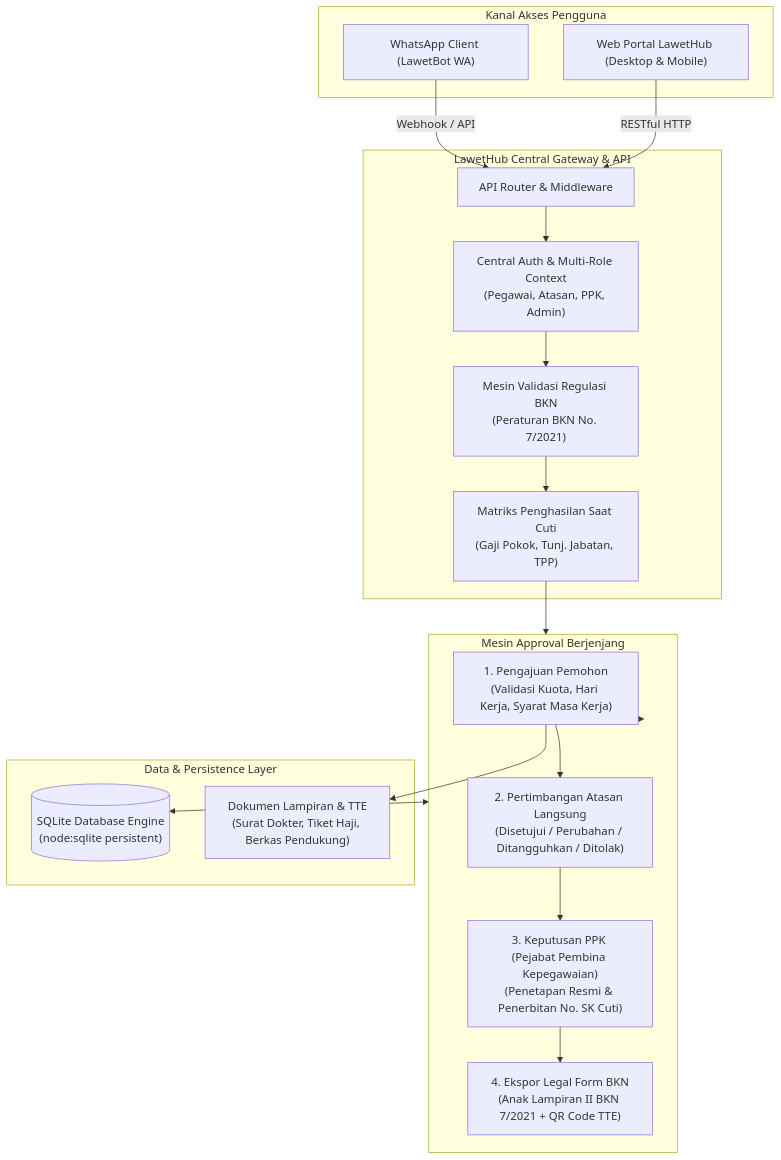
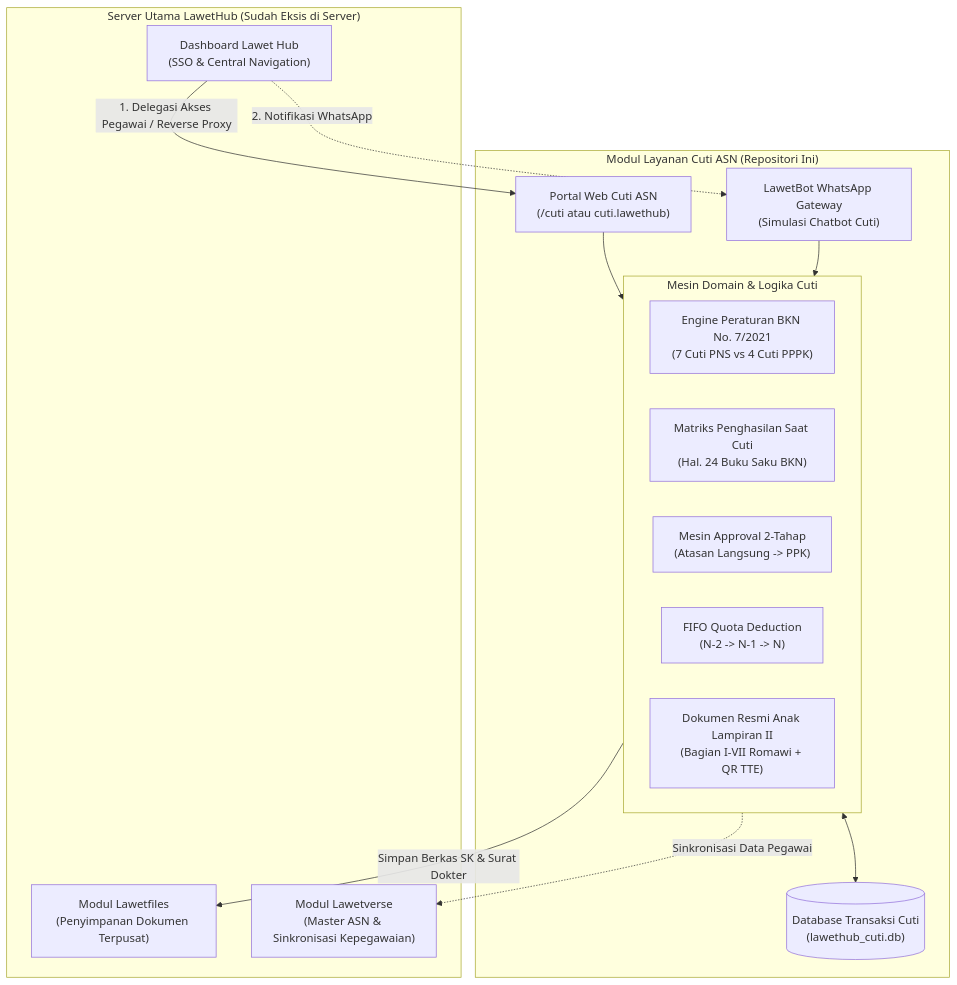
One commit to MohammadNasrullohh/sistem-layanan-cuti-asn changed the first of 2 diagrams in README.md. Above: the diagram before and after it, drawn with Mermaid. The commit also changed other lines of this file and 2 other files, not shown here.

Commit message:
docs: clarify LawetHub host integration boundary and leave subsystem architecture

````diff
--- a/README.md
+++ b/README.md
@@ -30,36 +36,31 @@
 ```mermaid
 flowchart TB
-    subgraph KANAL_AKSES["Kanal Akses Pengguna"]
-        WA["WhatsApp Client (LawetBot WA)"]
-        WEB["Web Portal LawetHub (Desktop & Mobile)"]
+    subgraph LAWETHUB_HOST["Server Utama LawetHub (Sudah Eksis di Server)"]
+        CORE_DASHBOARD["Dashboard Lawet Hub\n(SSO & Central Navigation)"]
+        LAWETFILES["Modul Lawetfiles\n(Penyimpanan Dokumen Terpusat)"]
+        LAWETVERSE["Modul Lawetverse\n(Master ASN & Sinkronisasi Kepegawaian)"]
     end
 
-    subgraph LAWETHUB_GATEWAY["LawetHub Central Gateway & API"]
-        ROUTER["API Router & Middleware"]
-        AUTH["Central Auth & Multi-Role Context\n(Pegawai, Atasan, PPK, Admin)"]
-        BKN_ENGINE["Mesin Validasi Regulasi BKN\n(Peraturan BKN No. 7/2021)"]
-        SALARY_CALC["Matriks Penghasilan Saat Cuti\n(Gaji Pokok, Tunj. Jabatan, TPP)"]
+    subgraph MODUL_CUTI["Modul Layanan Cuti ASN (Repositori Ini)"]
+        KANAL_WEB["Portal Web Cuti ASN\n(/cuti atau cuti.lawethub)"]
+        KANAL_WA["LawetBot WhatsApp Gateway\n(Simulasi Chatbot Cuti)"]
+        
+        subgraph ENGINE_CUTI["Mesin Domain & Logika Cuti"]
+            BKN_RULES["Engine Peraturan BKN No. 7/2021\n(7 Cuti PNS vs 4 Cuti PPPK)"]
+            SALARY_MATRIX["Matriks Penghasilan Saat Cuti\n(Hal. 24 Buku Saku BKN)"]
+            APPROVAL_ENGINE["Mesin Approval 2-Tahap\n(Atasan Langsung -> PPK)"]
+            DEDUCTION["FIFO Quota Deduction\n(N-2 -> N-1 -> N)"]
+            FORM_BKN["Dokumen Resmi Anak Lampiran II\n(Bagian I-VII Romawi + QR TTE)"]
+        end
+        
+        DB_CUTI[("Database Transaksi Cuti\n(lawethub_cuti.db)")]
     end
 
-    subgraph WORKFLOW_ENGINE["Mesin Approval Berjenjang"]
-        TAHAP1["1. Pengajuan Pemohon\n(Validasi Kuota, Hari Kerja, Syarat Masa Kerja)"]
-        TAHAP2["2. Pertimbangan Atasan Langsung\n(Disetujui / Perubahan / Ditangguhkan / Ditolak)"]
-        TAHAP3["3. Keputusan PPK (Pejabat Pembina Kepegawaian)\n(Penetapan Resmi & Penerbitan No. SK Cuti)"]
-        TAHAP4["4. Ekspor Legal Form BKN\n(Anak Lampiran II BKN 7/2021 + QR Code TTE)"]
-    end
-
-    subgraph STORAGE_LAYER["Data & Persistence Layer"]
-        DB[("SQLite Database Engine\n(node:sqlite persistent)")]
-        DOCS["Dokumen Lampiran & TTE\n(Surat Dokter, Tiket Haji, Berkas Pendukung)"]
-    end
-
-    WA -->|Webhook / API| ROUTER
-    WEB -->|RESTful HTTP| ROUTER
-    ROUTER --> AUTH
-    AUTH --> BKN_ENGINE
-    BKN_ENGINE --> SALARY_CALC
-    SALARY_CALC --> WORKFLOW_ENGINE
-    WORKFLOW_ENGINE --> TAHAP1 --> TAHAP2 --> TAHAP3 --> TAHAP4
-    WORKFLOW_ENGINE <--> DB
-    TAHAP1 --> DOCS
+    CORE_DASHBOARD -->|1. Delegasi Akses Pegawai / Reverse Proxy| KANAL_WEB
+    CORE_DASHBOARD -.->|2. Notifikasi WhatsApp| KANAL_WA
+    KANAL_WEB --> ENGINE_CUTI
+    KANAL_WA --> ENGINE_CUTI
+    ENGINE_CUTI <--> DB_CUTI
+    ENGINE_CUTI -->|Simpan Berkas SK & Surat Dokter| LAWETFILES
+    ENGINE_CUTI -.->|Sinkronisasi Data Pegawai| LAWETVERSE
 ```
````
